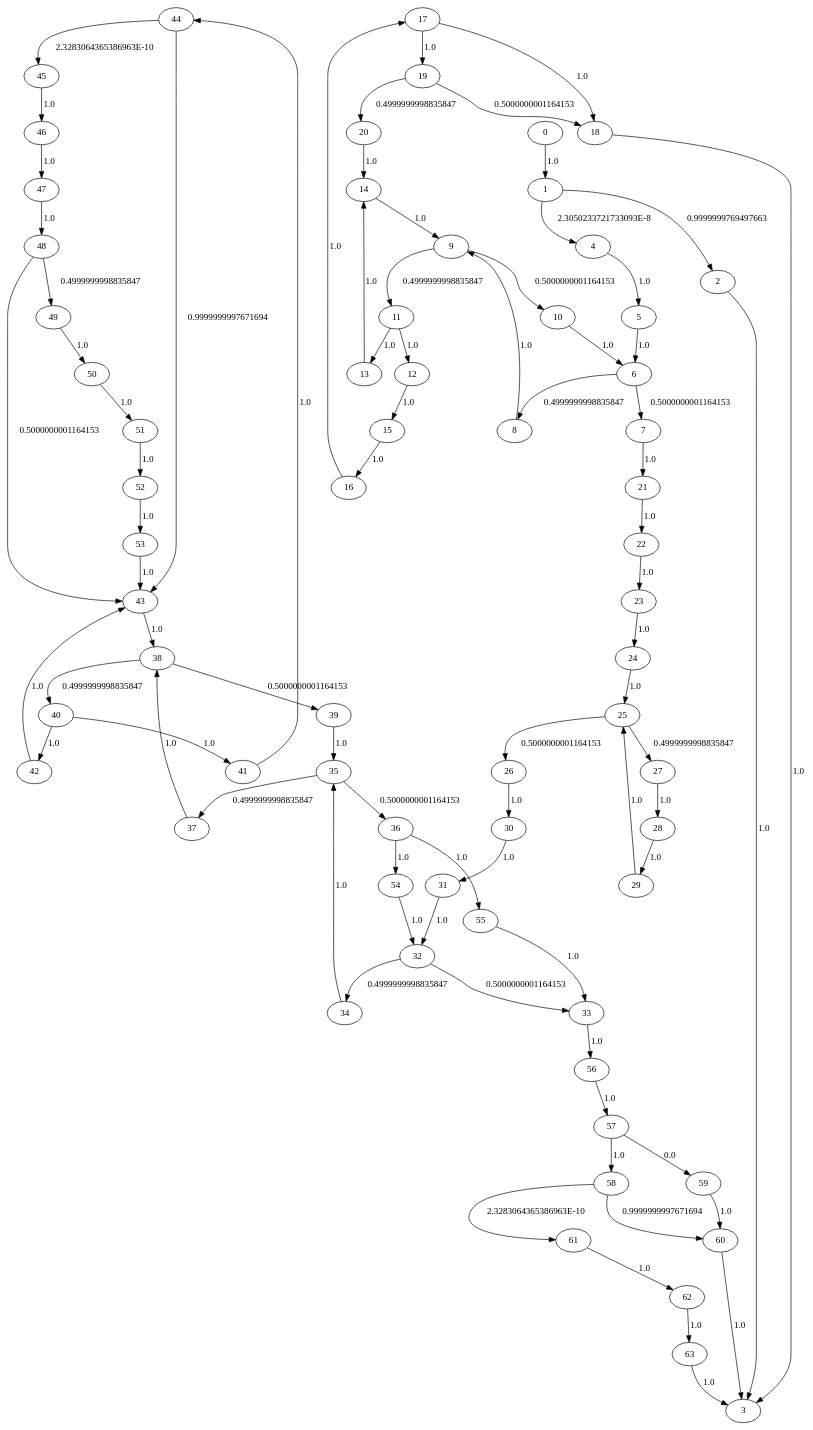
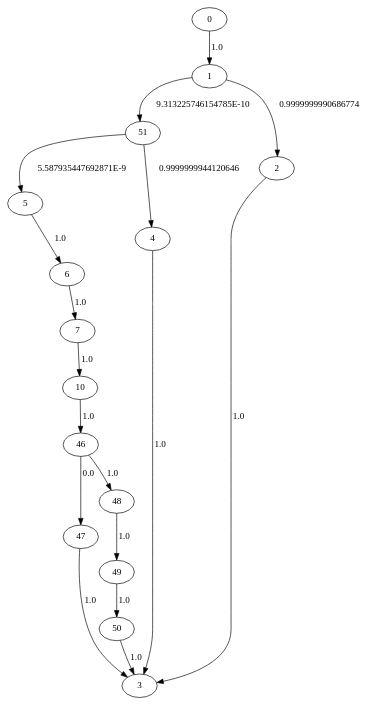
One commit to seemantasaha/DependencyAnalysis changed the diagram in LMain_test.dot. Above: the diagram before and after it, drawn with Graphviz. The commit also changed 18 other files, not shown here.

```diff
--- a/LMain_test.dot
+++ b/LMain_test.dot
@@ -1,81 +1,19 @@
 digraph {
-	44 -> 43[label= "0.9999999997671694"];
-	44 -> 45[label= "2.3283064365386963E-10"];
-	45 -> 46[label= "1.0"];
-	46 -> 47[label= "1.0"];
-	47 -> 48[label= "1.0"];
-	48 -> 43[label= "0.5000000001164153"];
-	48 -> 49[label= "0.4999999998835847"];
+	46 -> 47[label= "0.0"];
+	46 -> 48[label= "1.0"];
+	47 -> 3[label= "1.0"];
+	48 -> 49[label= "1.0"];
 	49 -> 50[label= "1.0"];
-	50 -> 51[label= "1.0"];
-	51 -> 52[label= "1.0"];
-	52 -> 53[label= "1.0"];
-	53 -> 43[label= "1.0"];
-	10 -> 6[label= "1.0"];
-	54 -> 32[label= "1.0"];
-	11 -> 12[label= "1.0"];
-	11 -> 13[label= "1.0"];
-	55 -> 33[label= "1.0"];
-	12 -> 15[label= "1.0"];
-	56 -> 57[label= "1.0"];
-	13 -> 14[label= "1.0"];
-	57 -> 58[label= "1.0"];
-	57 -> 59[label= "0.0"];
-	14 -> 9[label= "1.0"];
-	58 -> 60[label= "0.9999999997671694"];
-	58 -> 61[label= "2.3283064365386963E-10"];
-	15 -> 16[label= "1.0"];
-	59 -> 60[label= "1.0"];
-	16 -> 17[label= "1.0"];
-	17 -> 18[label= "1.0"];
-	17 -> 19[label= "1.0"];
-	18 -> 3[label= "1.0"];
-	19 -> 20[label= "0.4999999998835847"];
-	19 -> 18[label= "0.5000000001164153"];
+	50 -> 3[label= "1.0"];
+	51 -> 5[label= "5.587935447692871E-9"];
+	51 -> 4[label= "0.9999999944120646"];
+	10 -> 46[label= "1.0"];
 	0 -> 1[label= "1.0"];
-	1 -> 4[label= "2.3050233721733093E-8"];
-	1 -> 2[label= "0.9999999769497663"];
+	1 -> 51[label= "9.313225746154785E-10"];
+	1 -> 2[label= "0.9999999990686774"];
 	2 -> 3[label= "1.0"];
-	4 -> 5[label= "1.0"];
+	4 -> 3[label= "1.0"];
 	5 -> 6[label= "1.0"];
-	6 -> 7[label= "0.5000000001164153"];
-	6 -> 8[label= "0.4999999998835847"];
-	7 -> 21[label= "1.0"];
-	8 -> 9[label= "1.0"];
-	9 -> 10[label= "0.5000000001164153"];
-	9 -> 11[label= "0.4999999998835847"];
-	60 -> 3[label= "1.0"];
-	61 -> 62[label= "1.0"];
-	62 -> 63[label= "1.0"];
-	63 -> 3[label= "1.0"];
-	20 -> 14[label= "1.0"];
-	21 -> 22[label= "1.0"];
-	22 -> 23[label= "1.0"];
-	23 -> 24[label= "1.0"];
-	24 -> 25[label= "1.0"];
-	25 -> 26[label= "0.5000000001164153"];
-	25 -> 27[label= "0.4999999998835847"];
-	26 -> 30[label= "1.0"];
-	27 -> 28[label= "1.0"];
-	28 -> 29[label= "1.0"];
-	29 -> 25[label= "1.0"];
-	30 -> 31[label= "1.0"];
-	31 -> 32[label= "1.0"];
-	32 -> 33[label= "0.5000000001164153"];
-	32 -> 34[label= "0.4999999998835847"];
-	33 -> 56[label= "1.0"];
-	34 -> 35[label= "1.0"];
-	35 -> 36[label= "0.5000000001164153"];
-	35 -> 37[label= "0.4999999998835847"];
-	36 -> 54[label= "1.0"];
-	36 -> 55[label= "1.0"];
-	37 -> 38[label= "1.0"];
-	38 -> 39[label= "0.5000000001164153"];
-	38 -> 40[label= "0.4999999998835847"];
-	39 -> 35[label= "1.0"];
-	40 -> 41[label= "1.0"];
-	40 -> 42[label= "1.0"];
-	41 -> 44[label= "1.0"];
-	42 -> 43[label= "1.0"];
-	43 -> 38[label= "1.0"];
+	6 -> 7[label= "1.0"];
+	7 -> 10[label= "1.0"];
 }
```
